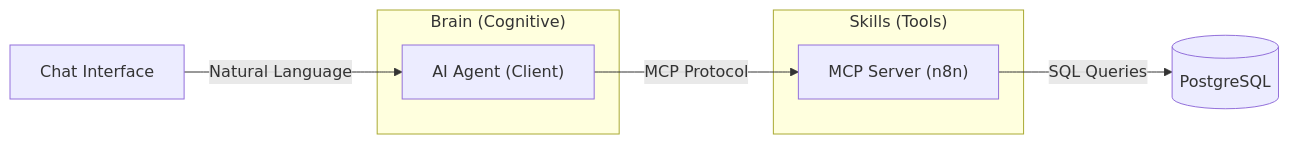
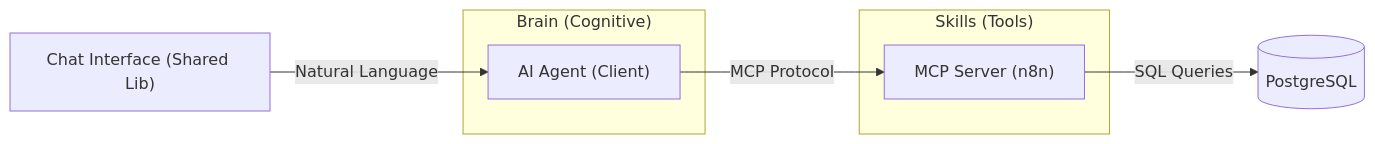
One commit to fjpimienta/n8n-enterprise-automation-suite changed the diagram in hosting3m-workspace/projects/dashboard/ARCHITECTURE.md. Above: the diagram before and after it, drawn with Mermaid. The commit also changed other lines of this file and 10 other files, not shown here.

````diff
--- a/hosting3m-workspace/projects/dashboard/ARCHITECTURE.md
+++ b/hosting3m-workspace/projects/dashboard/ARCHITECTURE.md
@@ -14,14 +14,15 @@
 ```mermaid
 graph LR
-    User["Chat Interface"] -->|"Natural Language"| Agent["AI Agent (Client)"]
+    User["Chat Interface (Shared Lib)"] -->|"Natural Language"| Agent["AI Agent (Client)"]
     Agent -->|"MCP Protocol"| Server["MCP Server (n8n)"]
     Server -->|"SQL Queries"| PG[("PostgreSQL")]
-    
+
     subgraph "Brain (Cognitive)"
     Agent
     end
-    
+
     subgraph "Skills (Tools)"
     Server
     end
+
 ```
````
